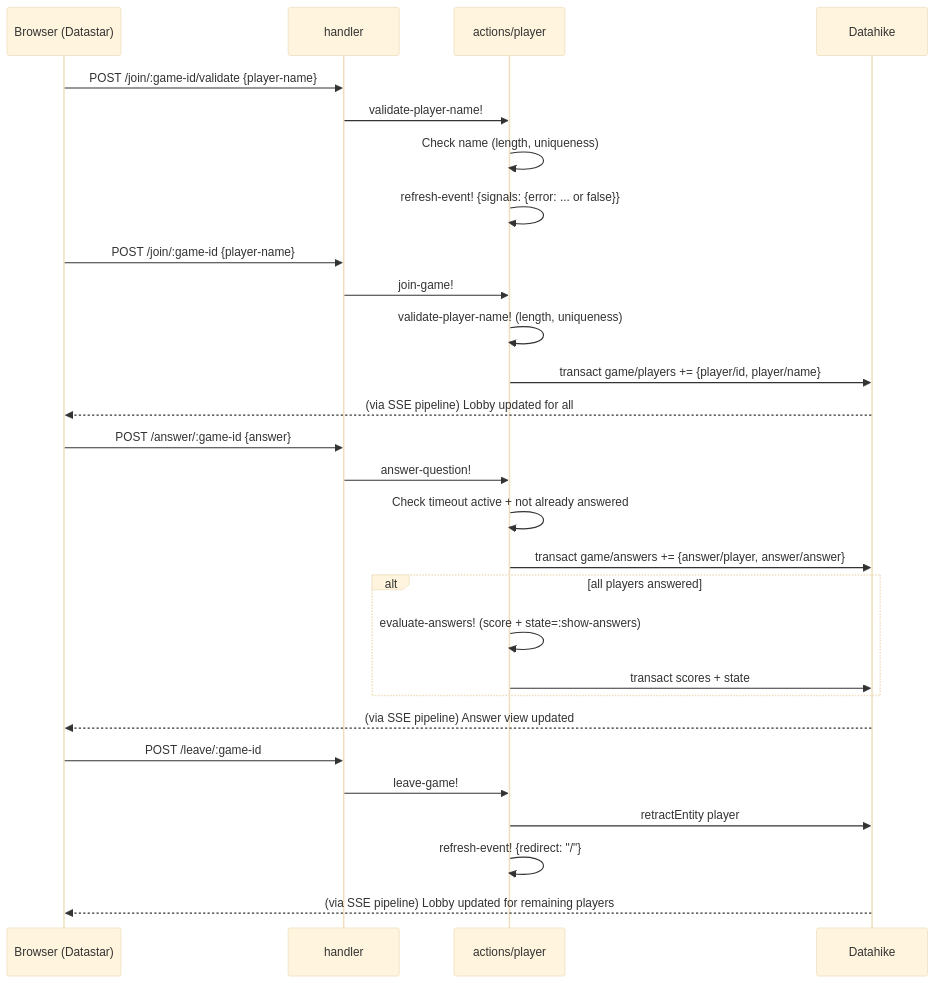
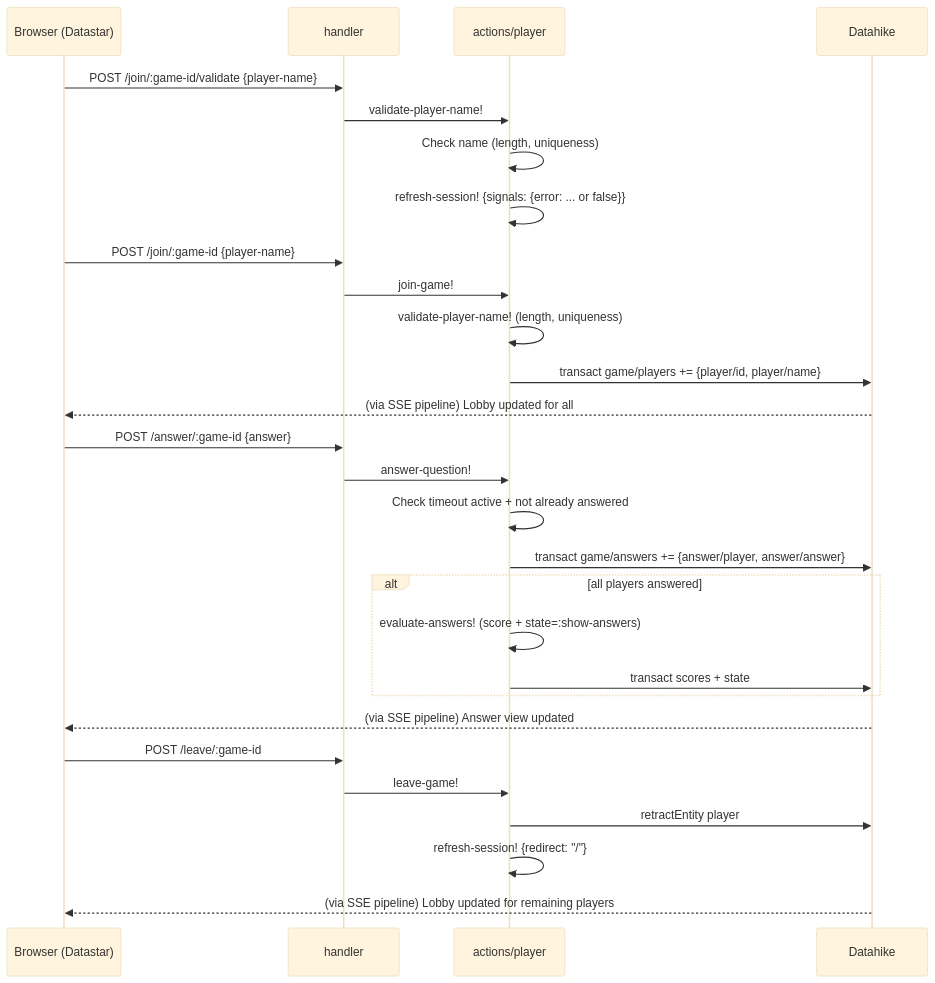
The sixth of 8 diagrams in data_flow.md (jindrichmynarz/localquiz), drawn with Mermaid (base theme) before and after one commit. The commit also changed other lines of this file, not shown here.

Commit message:
Update the data flow documentation

````diff
--- a/data_flow.md
+++ b/data_flow.md
@@ -181,34 +184,34 @@
 ```mermaid
 sequenceDiagram
     participant B as Browser (Datastar)
     participant H as handler
     participant A as actions/player
     participant DB as Datahike
 
     B->>H: POST /join/:game-id/validate {player-name}
     H->>A: validate-player-name!
     A->>A: Check name (length, uniqueness)
-    A->>A: refresh-event! {signals: {error: ... or false}}
+    A->>A: refresh-session! {signals: {error: ... or false}}
 
     B->>H: POST /join/:game-id {player-name}
     H->>A: join-game!
     A->>A: validate-player-name! (length, uniqueness)
     A->>DB: transact game/players += {player/id, player/name}
     DB-->>B: (via SSE pipeline) Lobby updated for all
 
     B->>H: POST /answer/:game-id {answer}
     H->>A: answer-question!
     A->>A: Check timeout active + not already answered
     A->>DB: transact game/answers += {answer/player, answer/answer}
     alt all players answered
         A->>A: evaluate-answers! (score + state=:show-answers)
         A->>DB: transact scores + state
     end
     DB-->>B: (via SSE pipeline) Answer view updated
 
     B->>H: POST /leave/:game-id
     H->>A: leave-game!
     A->>DB: retractEntity player
-    A->>A: refresh-event! {redirect: "/"}
+    A->>A: refresh-session! {redirect: "/"}
     DB-->>B: (via SSE pipeline) Lobby updated for remaining players
 ```
````
